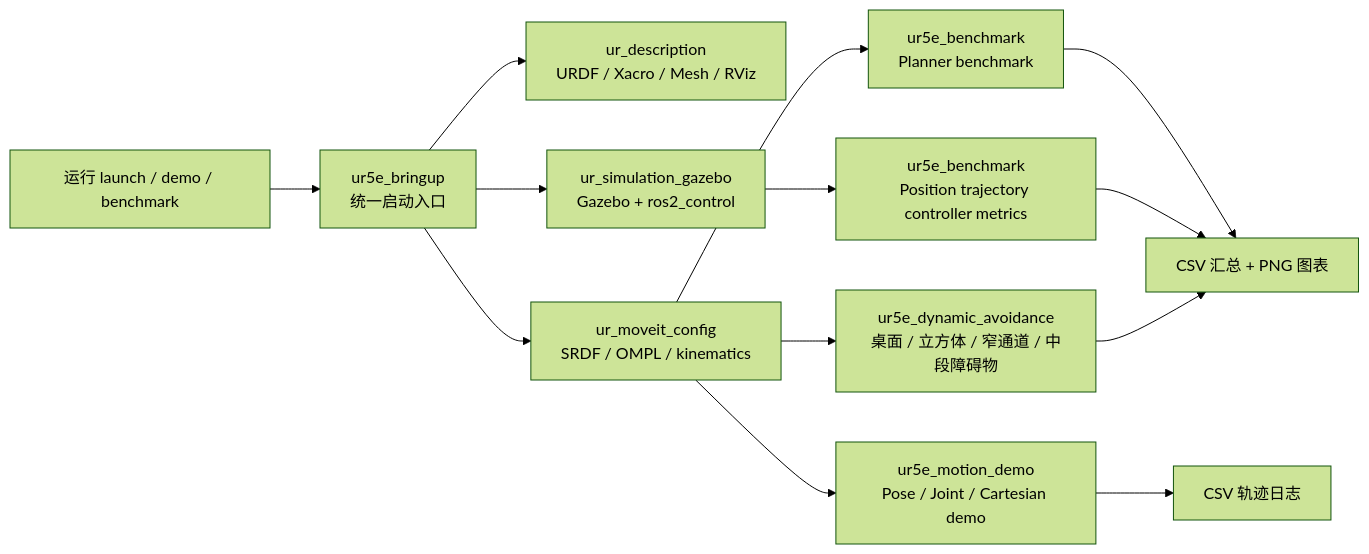
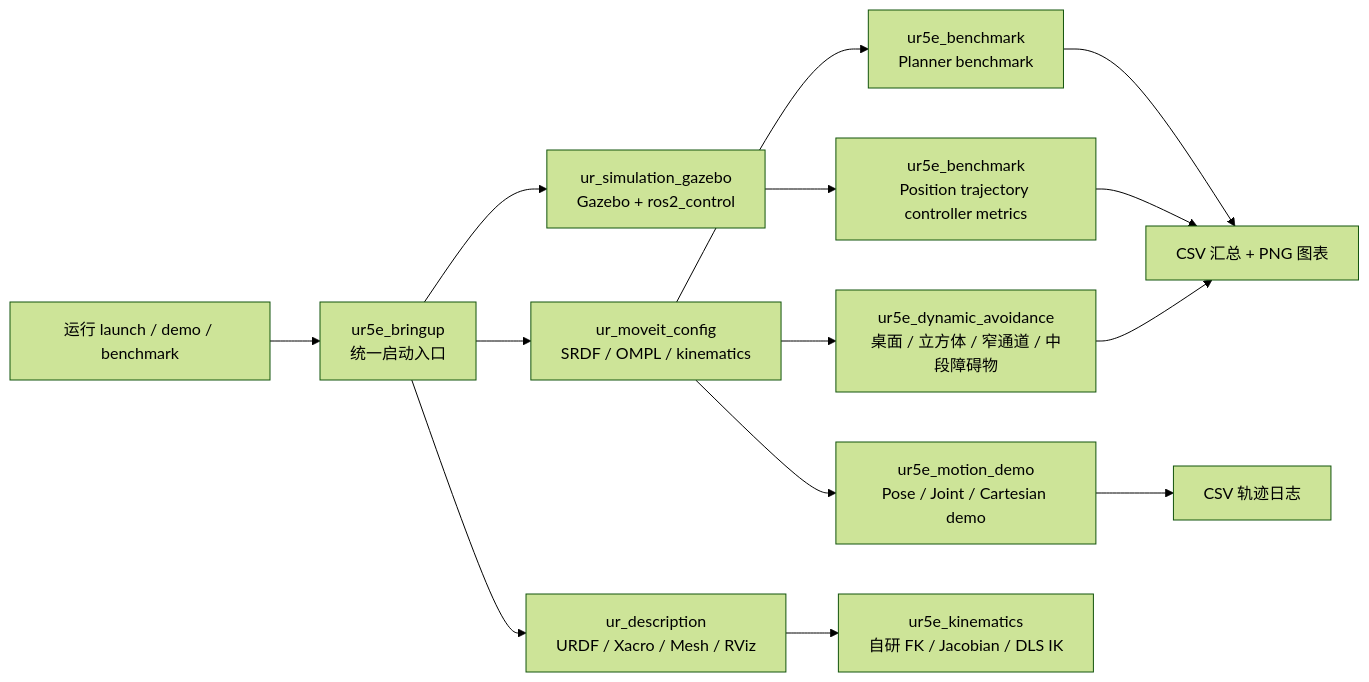
Before and after one commit to blinl6467-byte/ROS2-moveit2-ros_control-UR5e-: the diagram in README.md, drawn with Mermaid (forest theme). The commit also changed other lines of this file and 4 other files, not shown here.

````diff
--- a/README.md
+++ b/README.md
@@ -22,18 +23,19 @@
 ```mermaid
 flowchart LR
   User[运行 launch / demo / benchmark] --> Bringup[ur5e_bringup<br/>统一启动入口]
 
   Bringup --> Description[ur_description<br/>URDF / Xacro / Mesh / RViz]
   Bringup --> Gazebo[ur_simulation_gazebo<br/>Gazebo + ros2_control]
   Bringup --> MoveIt[ur_moveit_config<br/>SRDF / OMPL / kinematics]
 
   MoveIt --> Demo[ur5e_motion_demo<br/>Pose / Joint / Cartesian demo]
   MoveIt --> PlannerBench[ur5e_benchmark<br/>Planner benchmark]
   Gazebo --> ControlBench[ur5e_benchmark<br/>Position trajectory controller metrics]
   MoveIt --> Avoidance[ur5e_dynamic_avoidance<br/>桌面 / 立方体 / 窄通道 / 中段障碍物]
+  Description --> Kinematics[ur5e_kinematics<br/>自研 FK / Jacobian / DLS IK]
 
   Demo --> Logs[CSV 轨迹日志]
   PlannerBench --> Results[CSV 汇总 + PNG 图表]
   ControlBench --> Results
   Avoidance --> Results
 ```
````
